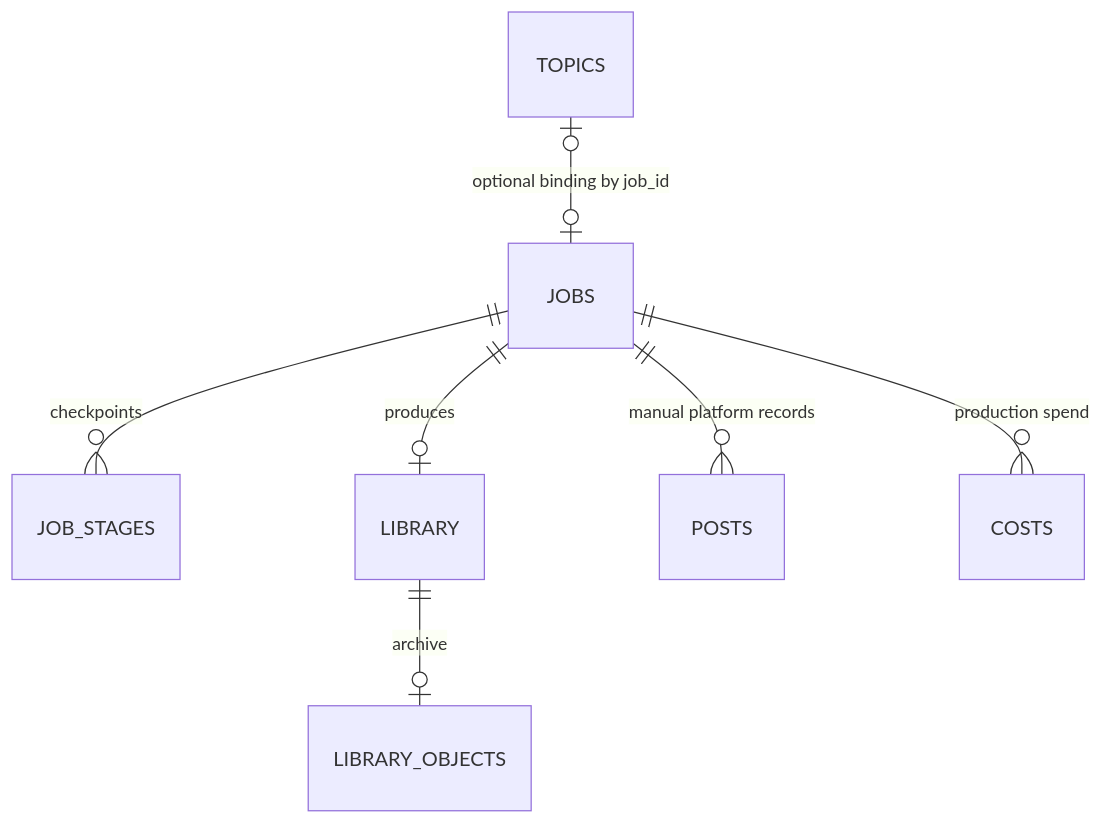
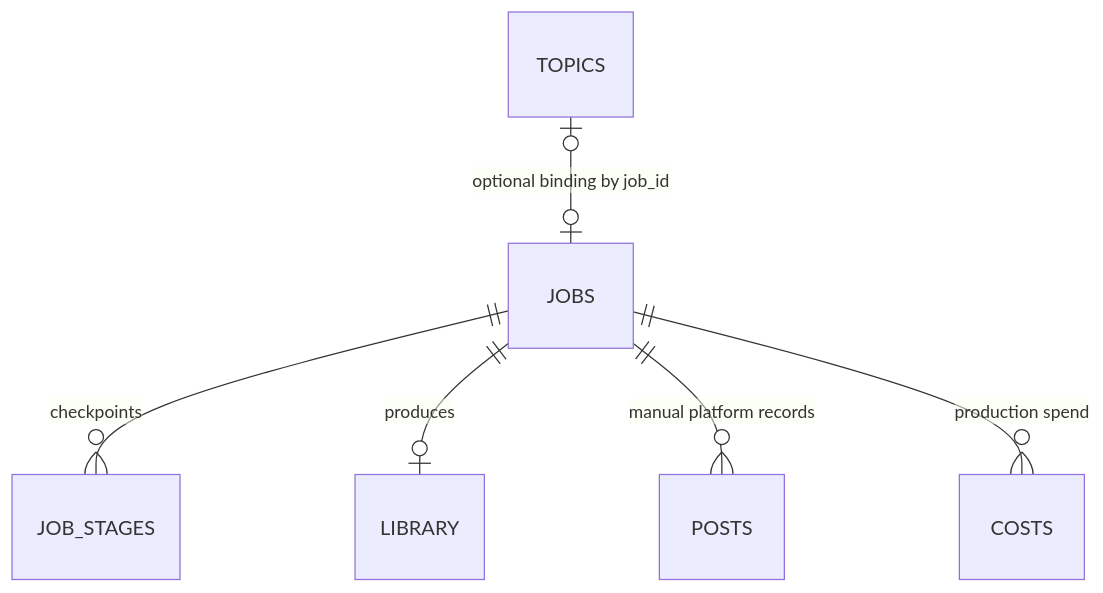
Before and after one commit to AlexMorrow239/contentd-system: the seventh of 7 diagrams in docs/system-architecture.md, drawn with Mermaid. The commit also changed other lines of this file and 31 other files, not shown here.

````diff
--- a/docs/system-architecture.md
+++ b/docs/system-architecture.md
@@ -250,9 +243,8 @@
 ```mermaid
 erDiagram
   TOPICS o|--o| JOBS : "optional binding by job_id"
   JOBS ||--o{ JOB_STAGES : checkpoints
   JOBS ||--o| LIBRARY : produces
-  LIBRARY ||--o| LIBRARY_OBJECTS : archive
   JOBS ||--o{ POSTS : "manual platform records"
   JOBS ||--o{ COSTS : "production spend"
 ```
````
